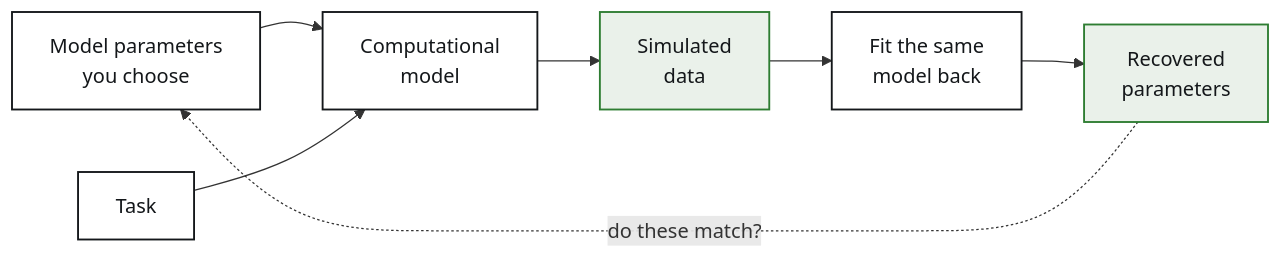
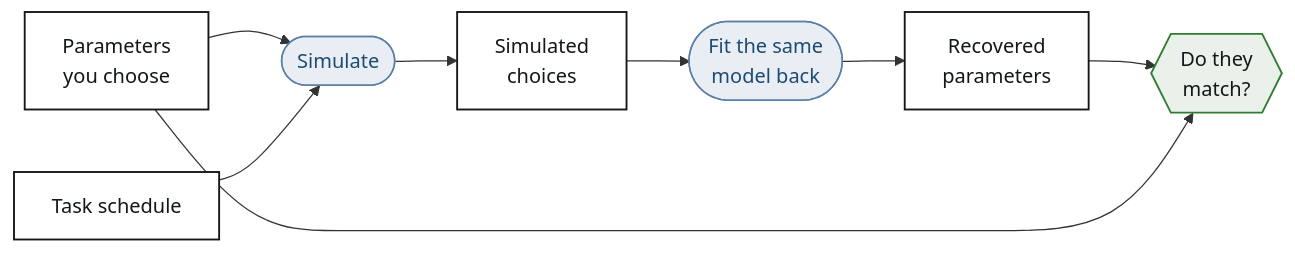
The diagram in docs/session2/diagrams/recovery.mmd (JanGrohn/ComputationalModelingBlockPractical), drawn with Mermaid before and after one commit. The commit also changed 11 other files, not shown here.

```diff
--- a/docs/session2/diagrams/recovery.mmd
+++ b/docs/session2/diagrams/recovery.mmd
@@ -1,12 +1,15 @@
 flowchart LR
-  P["Model parameters<br>you choose"] --> CM["Computational<br>model"]
-  T["Task"] --> CM
-  CM --> D["Simulated<br>data"]
-  D --> F["Fit the same<br>model back"]
-  F --> R["Recovered<br>parameters"]
-  R -. "do these match?" .-> P
+  P["Parameters<br>you choose"] --> SIM(["Simulate"])
+  T["Task schedule"] --> SIM
+  SIM --> D["Simulated<br>choices"]
+  D --> FIT(["Fit the same<br>model back"])
+  FIT --> R["Recovered<br>parameters"]
+  R --> Q{{"Do they<br>match?"}}
+  P --> Q
 
   classDef state fill:#ffffff,stroke:#14171a,stroke-width:1.5px,color:#14171a;
+  classDef op fill:#e8eef4,stroke:#5b7fa6,stroke-width:1.2px,color:#1f4b73;
   classDef out fill:#eaf1ea,stroke:#2e7d32,stroke-width:1.5px,color:#14171a;
-  class P,T,CM,F state;
-  class D,R out;
+  class P,T,D,R state;
+  class SIM,FIT op;
+  class Q out;
```
